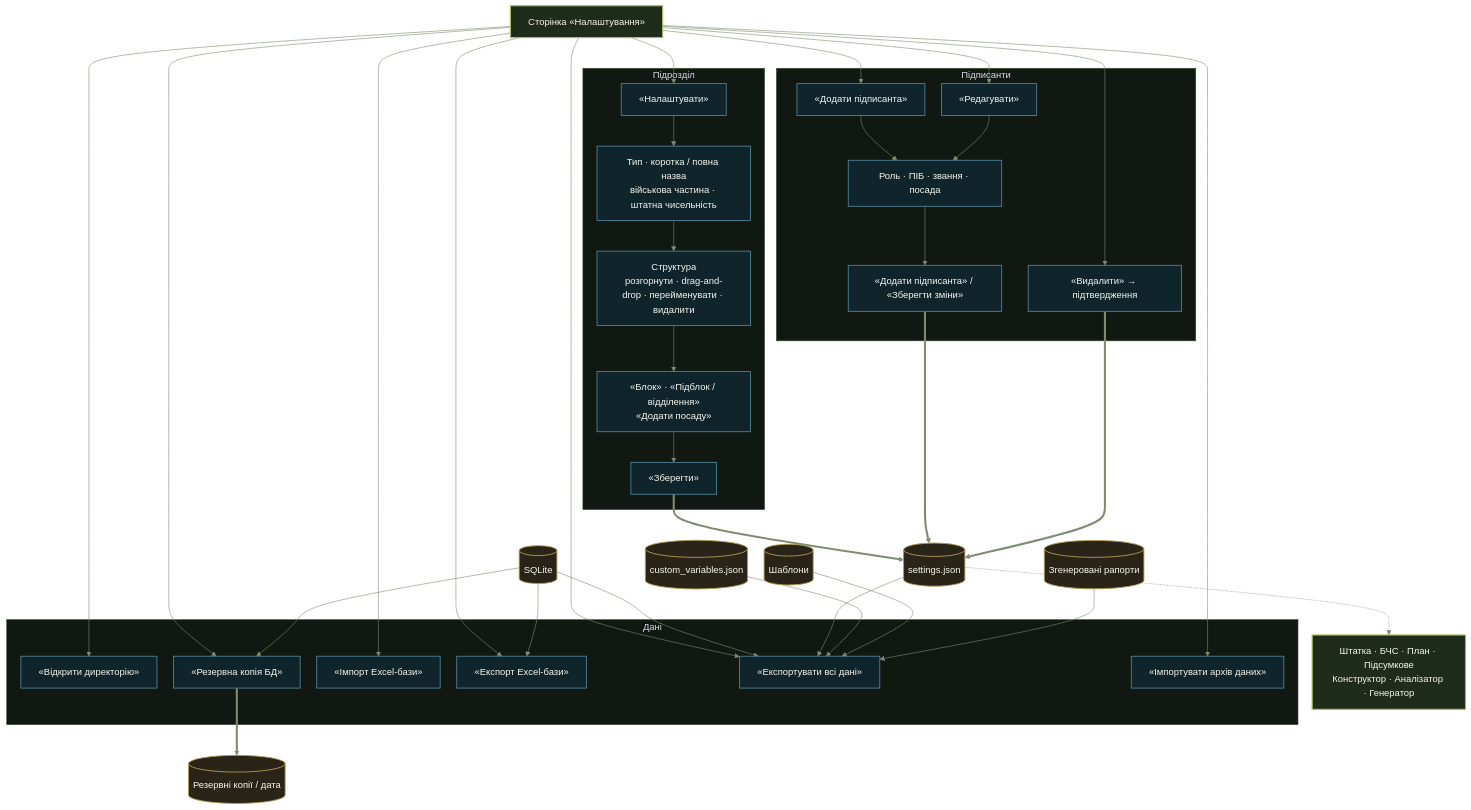
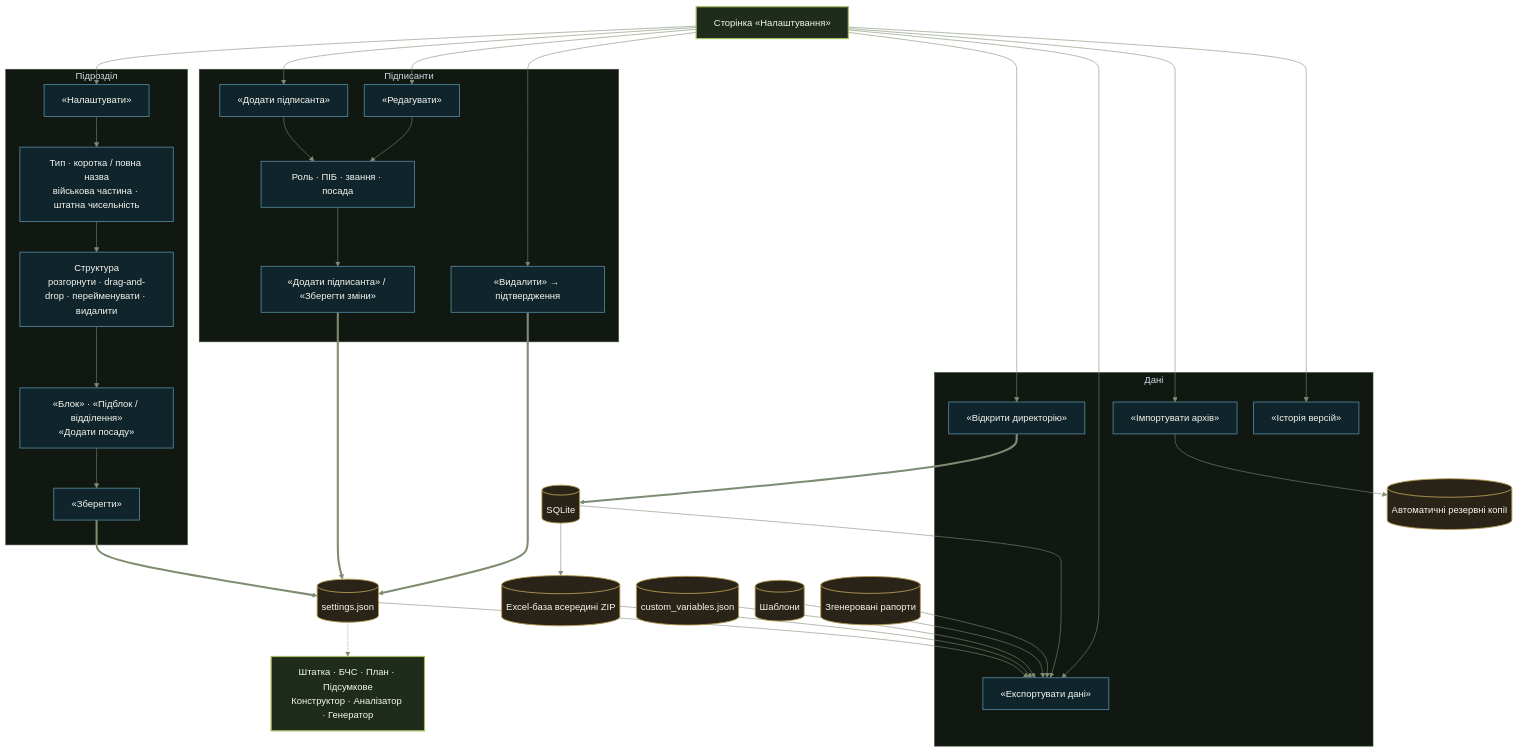
Before and after one commit to ArsLoDDD/report_generator: diagram 14 of 21 in docs/architecture/PROJECT_FLOWCHARTS.md, drawn with Mermaid. The commit also changed other lines of this file and 63 other files, not shown here.

````diff
--- a/docs/architecture/PROJECT_FLOWCHARTS.md
+++ b/docs/architecture/PROJECT_FLOWCHARTS.md
@@ -1004,66 +1004,63 @@
 ```mermaid
 %%{init: {"theme":"base","themeVariables":{"primaryColor":"#1f2b1b","primaryTextColor":"#f5f7ef","primaryBorderColor":"#a8bd61","lineColor":"#7e8d72","secondaryColor":"#10242c","tertiaryColor":"#2a2418","clusterBkg":"#111711","clusterBorder":"#3e4d36","fontFamily":"Inter, Arial, sans-serif"},"flowchart":{"curve":"basis","nodeSpacing":28,"rankSpacing":52,"htmlLabels":true}}}%%
 flowchart TB
   settingsPage["Сторінка «Налаштування»"]
 
   subgraph unit["Підрозділ"]
     unitOpen["«Налаштувати»"]
     unitFields["Тип · коротка / повна назва<br/>військова частина · штатна чисельність"]
     structure["Структура<br/>розгорнути · drag-and-drop · перейменувати · видалити"]
     structureAdd["«Блок» · «Підблок / відділення»<br/>«Додати посаду»"]
     unitSave["«Зберегти»"]
   end
 
   subgraph signers["Підписанти"]
     signerAdd["«Додати підписанта»"]
     signerEdit["«Редагувати»"]
     signerForm["Роль · ПІБ · звання · посада"]
     signerSave["«Додати підписанта» / «Зберегти зміни»"]
     signerDelete["«Видалити» → підтвердження"]
   end
 
   subgraph dataActions["Дані"]
     openDir["«Відкрити директорію»"]
-    backup["«Резервна копія БД»"]
-    excelImport["«Імпорт Excel-бази»"]
-    excelExport["«Експорт Excel-бази»"]
-    zipExport["«Експортувати всі дані»"]
-    zipImport["«Імпортувати архів даних»"]
+    zipExport["«Експортувати дані»"]
+    zipImport["«Імпортувати архів»"]
+    history["«Історія версій»"]
   end
 
   settingsJson[("settings.json")]
   database[("SQLite")]
   custom[("custom_variables.json")]
   templates[("Шаблони")]
   reports[("Згенеровані рапорти")]
-  backupDir[("Резервні копії / дата")]
+  backupDir[("Автоматичні резервні копії")]
+  excel[("Excel-база всередині ZIP")]
   consumers["Штатка · БЧС · План · Підсумкове<br/>Конструктор · Аналізатор · Генератор"]
 
   settingsPage --> unitOpen --> unitFields --> structure --> structureAdd --> unitSave ==> settingsJson
   settingsPage --> signerAdd --> signerForm --> signerSave ==> settingsJson
   settingsPage --> signerEdit --> signerForm
   settingsPage --> signerDelete ==> settingsJson
   settingsJson -.-> consumers
 
-  settingsPage --> openDir
-  settingsPage --> backup
-  database --> backup ==> backupDir
-  settingsPage --> excelImport
-  settingsPage --> excelExport
+  settingsPage --> openDir ==> database
   settingsPage --> zipExport
   settingsPage --> zipImport
+  settingsPage --> history
 
-  database --> excelExport
   database --> zipExport
   settingsJson --> zipExport
   custom --> zipExport
   templates --> zipExport
   reports --> zipExport
+  database --> excel --> zipExport
+  zipImport --> backupDir
 
   class settingsPage,consumers page;
-  class unitOpen,unitFields,structure,structureAdd,unitSave,signerAdd,signerEdit,signerForm,signerSave,signerDelete,openDir,backup,excelImport,excelExport,zipExport,zipImport action;
-  class settingsJson,database,custom,templates,reports,backupDir data;
+  class unitOpen,unitFields,structure,structureAdd,unitSave,signerAdd,signerEdit,signerForm,signerSave,signerDelete,openDir,zipExport,zipImport,history action;
+  class settingsJson,database,custom,templates,reports,backupDir,excel data;
   classDef page fill:#1f2b1b,stroke:#a8bd61,color:#f5f7ef,stroke-width:2px;
   classDef action fill:#10242c,stroke:#4f8296,color:#f5f7ef,stroke-width:1.5px;
   classDef data fill:#2a2418,stroke:#b59b53,color:#f5f7ef,stroke-width:1.5px;
 ```
````
